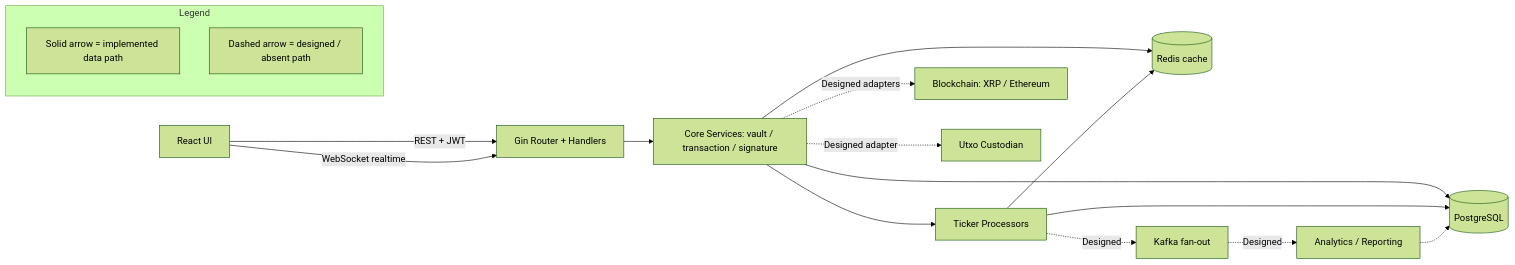
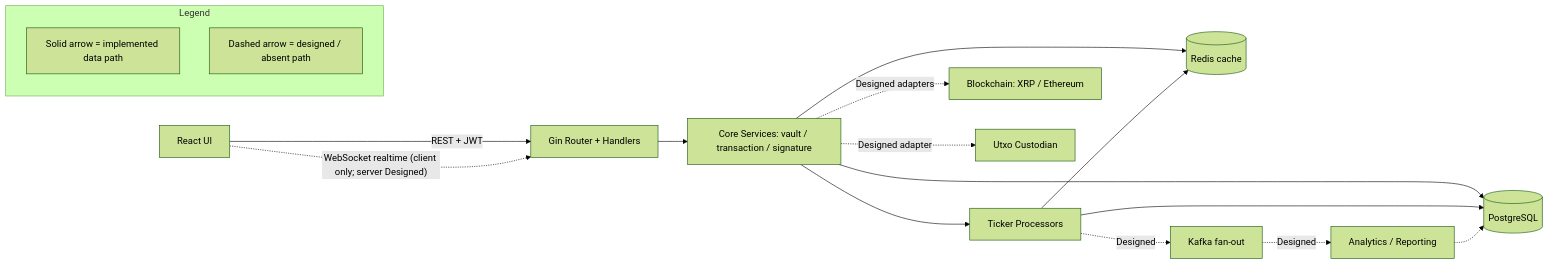
The fourth of 4 diagrams in docs/architecture/data-flow.md (blitzy-public-samples/blockchain-integration-6edhrq), drawn with Mermaid (forest theme) before and after one commit. The commit also changed other lines of this file and 2 other files, not shown here.

First paragraph of the commit message:
docs(architecture): resolve 3 QA findings on maturity accuracy & diagram fidelity
Address QA checkpoint findings (1 Major, 2 Minor) on the architecture
documentation set. Documentation-only changes; no source/infra/test/CI
touched (consistent with the documentation-only AAP).

````diff
--- a/docs/architecture/data-flow.md
+++ b/docs/architecture/data-flow.md
@@ -154,20 +154,20 @@
 ```mermaid
 flowchart LR
     subgraph Legend_DF1["Legend"]
         LG1["Solid arrow = implemented data path"]
         LG2["Dashed arrow = designed / absent path"]
     end
     UI["React UI"] -->|"REST + JWT"| API["Gin Router + Handlers"]
-    UI -->|"WebSocket realtime"| API
+    UI -.->|"WebSocket realtime (client only; server Designed)"| API
     API --> Core["Core Services: vault / transaction / signature"]
     Core --> PG[("PostgreSQL")]
     Core --> RD[("Redis cache")]
     Core --> Tasks["Ticker Processors"]
     Tasks --> PG
     Tasks --> RD
     Tasks -.->|"Designed"| Kafka["Kafka fan-out"]
     Kafka -.->|"Designed"| Analytics["Analytics / Reporting"]
     Analytics -.-> PG
     Core -.->|"Designed adapters"| Chain["Blockchain: XRP / Ethereum"]
     Core -.->|"Designed adapter"| Cust["Utxo Custodian"]
 ```
````
